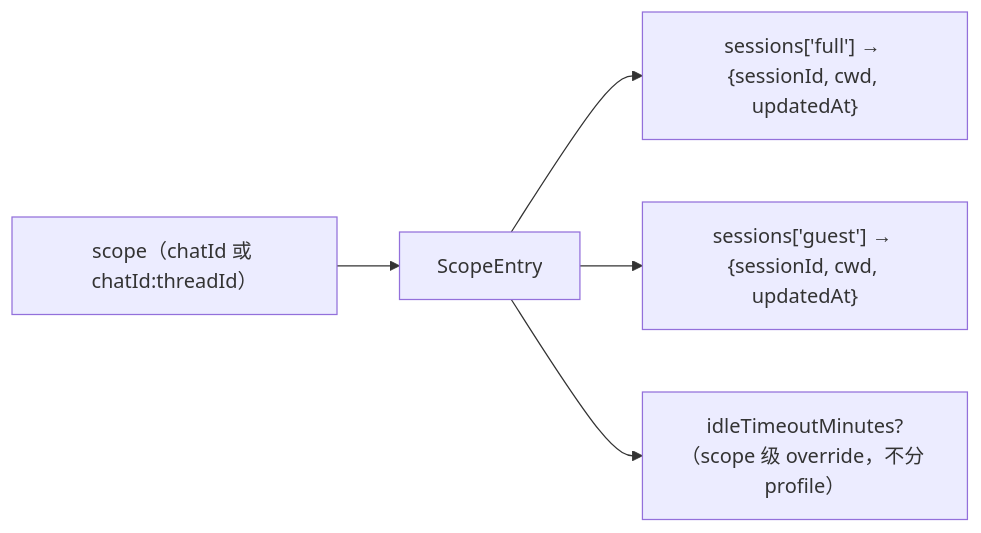
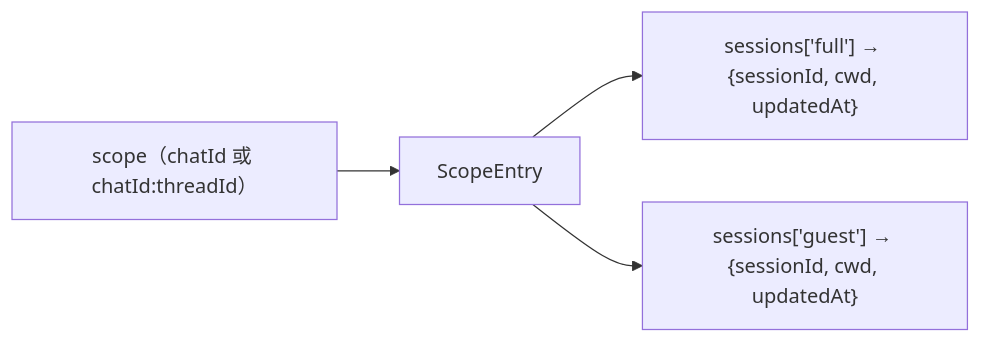
Before and after one commit to sorphwer/feishu-omp-bridge: the third of 4 diagrams in how-it-works/09-access-and-guest-sandbox.md, drawn with Mermaid. The commit also changed other lines of this file and 15 other files, not shown here.

````diff
--- a/how-it-works/09-access-and-guest-sandbox.md
+++ b/how-it-works/09-access-and-guest-sandbox.md
@@ -165,7 +170,6 @@
 ```mermaid
 flowchart LR
   SC["scope（chatId 或 chatId:threadId）"] --> E["ScopeEntry"]
   E --> S1["sessions['full'] → {sessionId, cwd, updatedAt}"]
   E --> S2["sessions['guest'] → {sessionId, cwd, updatedAt}"]
-  E --> IT["idleTimeoutMinutes?（scope 级 override，不分 profile）"]
 ```
````
